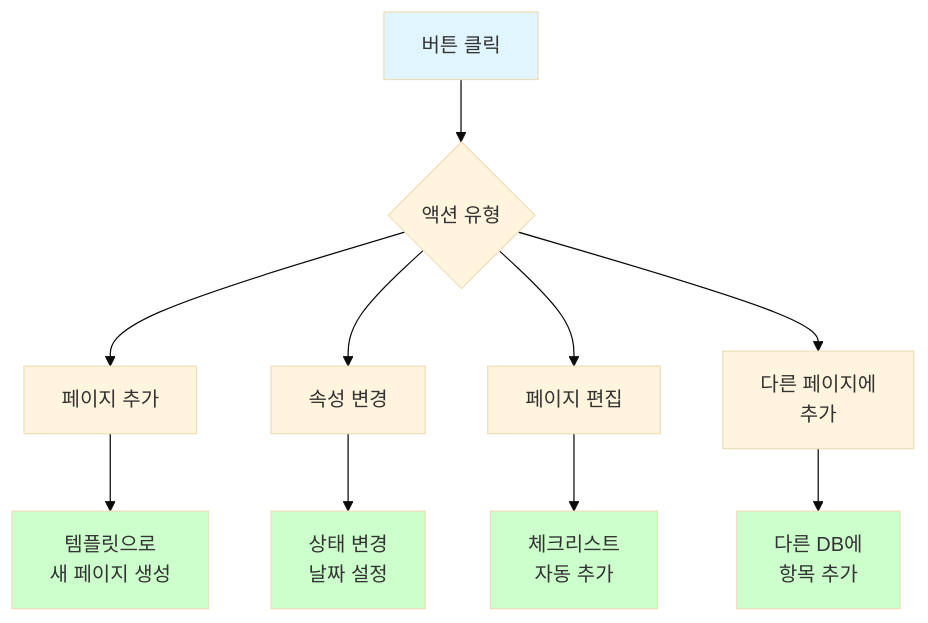
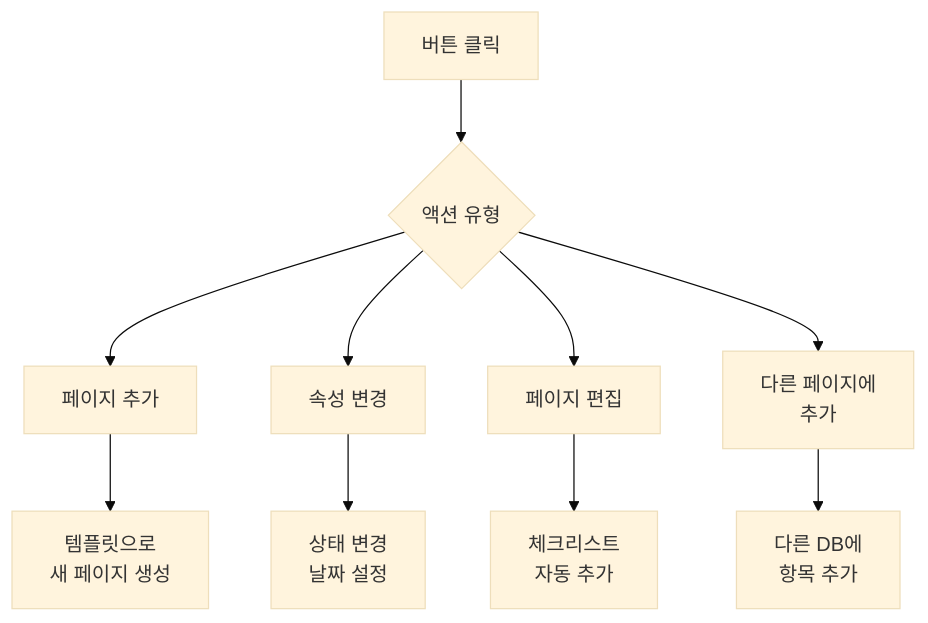
The fifth of 9 diagrams in _md/genai-notion/chapter09/09-1.md (nugurejeil/weniVooks), drawn with Mermaid (base theme) before and after one commit. The commit also changed other lines of this file and 187 other files, not shown here.

````diff
--- a/_md/genai-notion/chapter09/09-1.md
+++ b/_md/genai-notion/chapter09/09-1.md
@@ -312,20 +303,14 @@
 ```mermaid
 graph TB
     A[버튼 클릭] --> B{액션 유형}
 
     B --> C[페이지 추가]
     B --> D[속성 변경]
     B --> E[페이지 편집]
     B --> F[다른 페이지에<br/>추가]
 
     C --> G[템플릿으로<br/>새 페이지 생성]
     D --> H[상태 변경<br/>날짜 설정]
     E --> I[체크리스트<br/>자동 추가]
     F --> J[다른 DB에<br/>항목 추가]
-
-    style A fill:#e1f5ff
-    style G fill:#ccffcc
-    style H fill:#ccffcc
-    style I fill:#ccffcc
-    style J fill:#ccffcc
 ```
````
